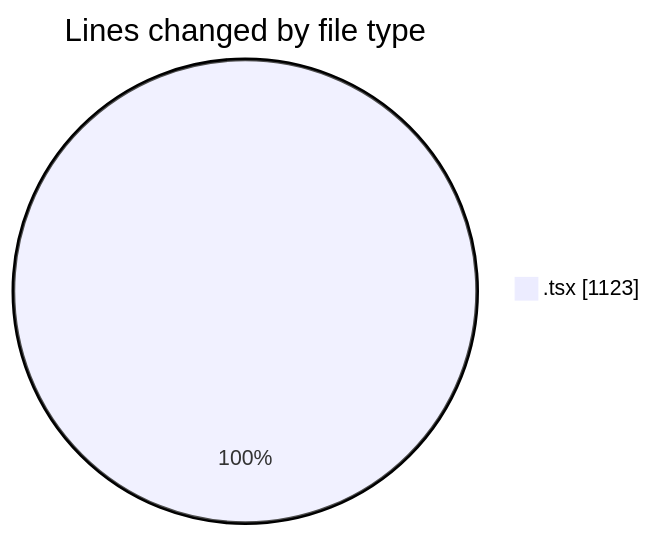
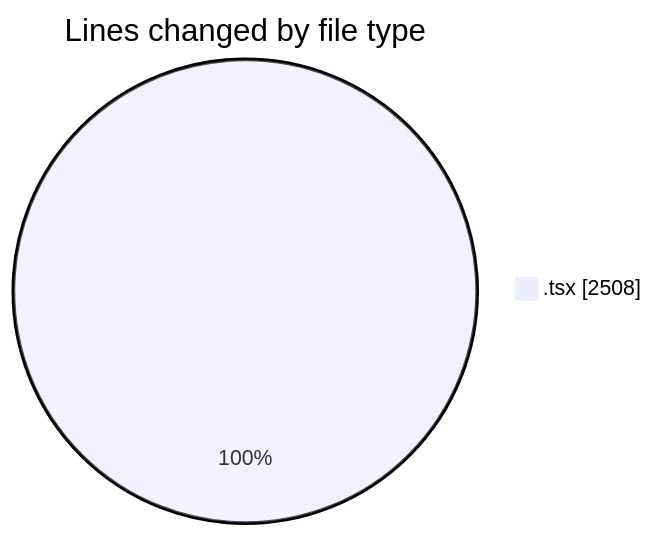
One commit to JenPaints/code-tracking changed the first of 2 diagrams in 2025-06-20/archive/README.md. Above: the diagram before and after it, drawn with Mermaid. The commit also changed other lines of this file and 1 other file, not shown here.

````diff
--- a/2025-06-20/archive/README.md
+++ b/2025-06-20/archive/README.md
@@ -23,5 +26,5 @@
 ```mermaid
 pie showData
 title Lines changed by file type
-".tsx" : 1123
+".tsx" : 2508
 ```
````
